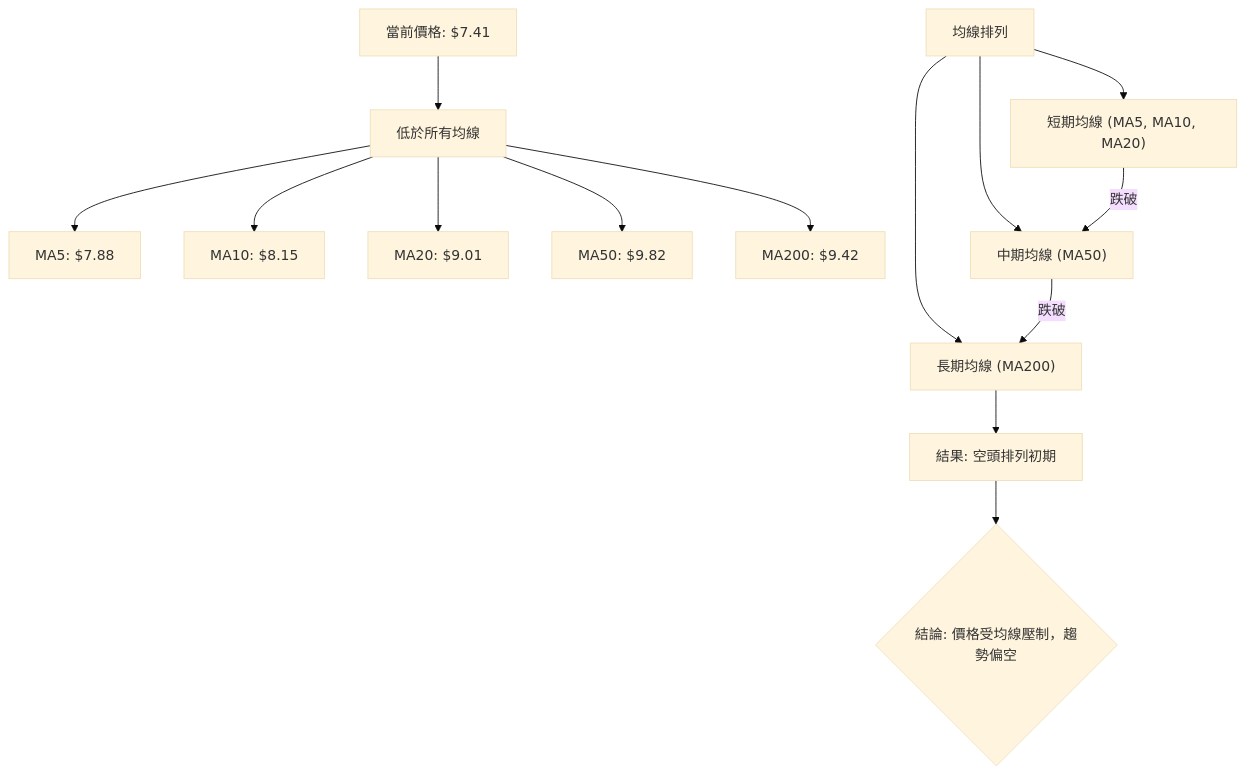
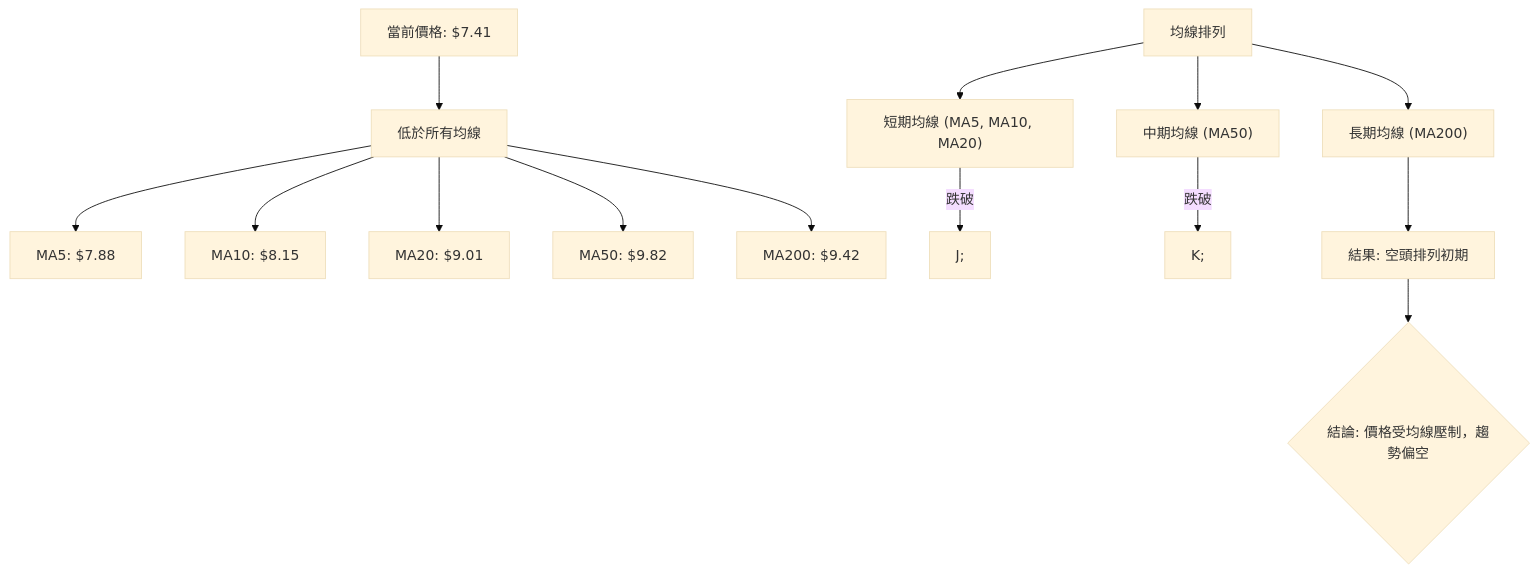
The sixth of 11 diagrams in ai_gen_report/stock/onds/technical_analysis_2026-07-03_gemini.md (yennanliu/finance_data), drawn with Mermaid (base theme) before and after one commit. The commit also changed other lines of this file and 2171 other files, not shown here.

First line of the commit message:
chore: re-run corrected Mermaid backfill across reports

````diff
--- a/ai_gen_report/stock/onds/technical_analysis_2026-07-03_gemini.md
+++ b/ai_gen_report/stock/onds/technical_analysis_2026-07-03_gemini.md
@@ -414,16 +414,16 @@
 ```mermaid
 graph TD
     A["當前價格: $7.41"] --> B["低於所有均線"];
     B --> C["MA5: $7.88"];
     B --> D["MA10: $8.15"];
     B --> E["MA20: $9.01"];
     B --> F["MA50: $9.82"];
     B --> G["MA200: $9.42"];
     H["均線排列"] --> I["短期均線 (MA5, MA10, MA20)"];
     H --> J["中期均線 (MA50)"];
     H --> K["長期均線 (MA200)"];
-    I -- 跌破 --> J;
-    J -- 跌破 --> K;
+    I -- 跌破 --> nb1["J;"]
+    J -- 跌破 --> nb2["K;"]
     K --> L["結果: 空頭排列初期"];
     L --> M{"結論: 價格受均線壓制，趨勢偏空"};
 ```
````
